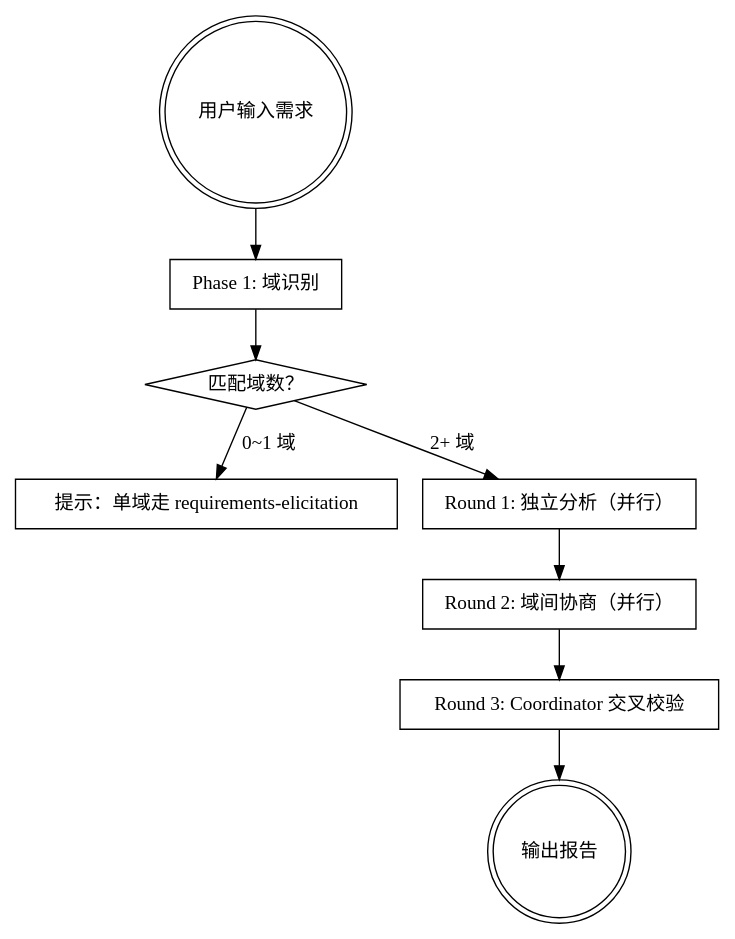
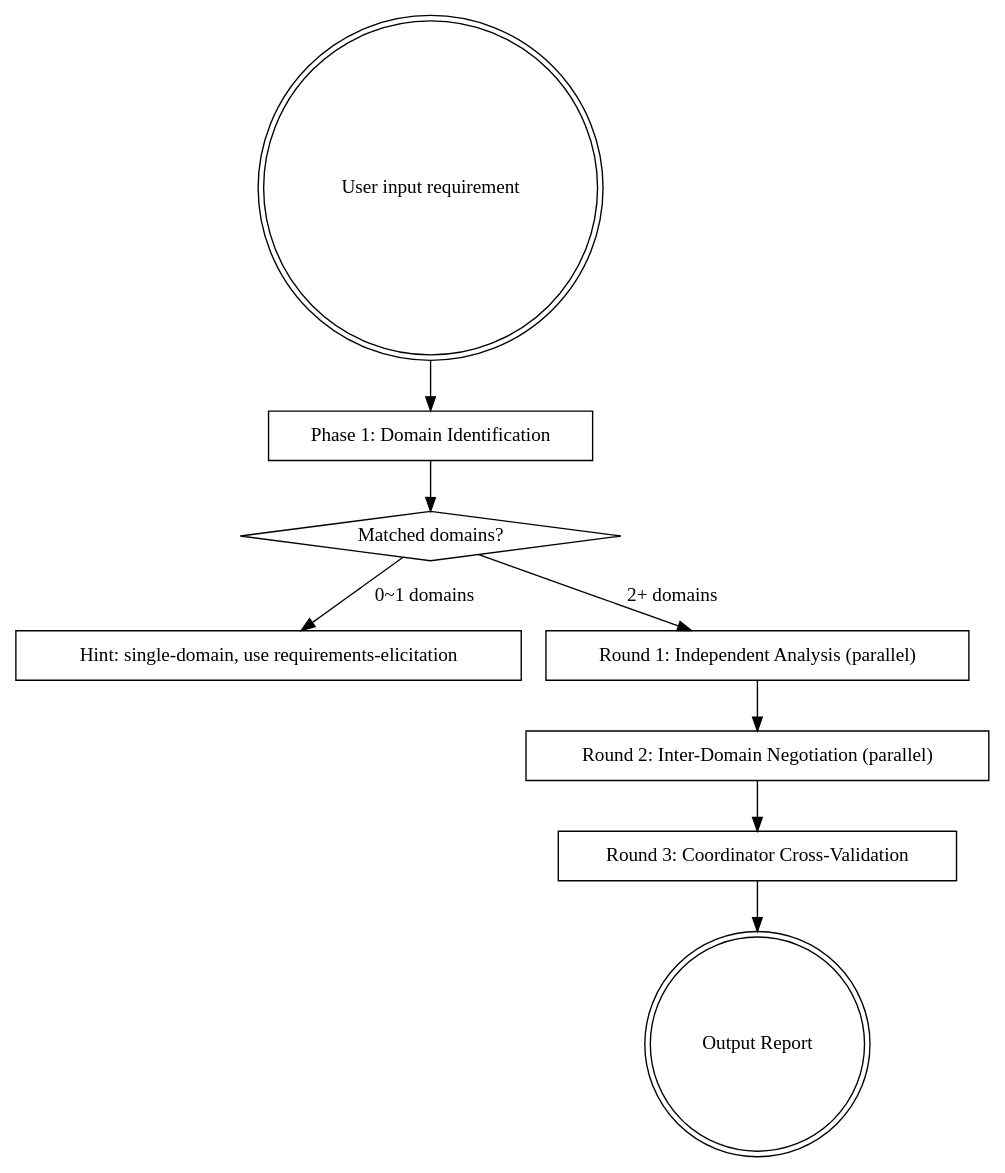
The diagram in skills/domain-collab/SKILL.md (Aimeerrhythm/enterprise-change-workflow), drawn with Graphviz before and after one commit. The commit also changed other lines of this file and 18 other files, not shown here.

````diff
--- a/skills/domain-collab/SKILL.md
+++ b/skills/domain-collab/SKILL.md
@@ -29,22 +29,22 @@
 ```dot
 digraph domain_collab {
   rankdir=TB;
 
-  "用户输入需求" [shape=doublecircle];
-  "Phase 1: 域识别" [shape=box];
-  "匹配域数？" [shape=diamond];
-  "提示：单域走 requirements-elicitation" [shape=box];
-  "Round 1: 独立分析（并行）" [shape=box];
-  "Round 2: 域间协商（并行）" [shape=box];
-  "Round 3: Coordinator 交叉校验" [shape=box];
-  "输出报告" [shape=doublecircle];
+  "User input requirement" [shape=doublecircle];
+  "Phase 1: Domain Identification" [shape=box];
+  "Matched domains?" [shape=diamond];
+  "Hint: single-domain, use requirements-elicitation" [shape=box];
+  "Round 1: Independent Analysis (parallel)" [shape=box];
+  "Round 2: Inter-Domain Negotiation (parallel)" [shape=box];
+  "Round 3: Coordinator Cross-Validation" [shape=box];
+  "Output Report" [shape=doublecircle];
 
-  "用户输入需求" -> "Phase 1: 域识别";
-  "Phase 1: 域识别" -> "匹配域数？";
-  "匹配域数？" -> "提示：单域走 requirements-elicitation" [label="0~1 域"];
-  "匹配域数？" -> "Round 1: 独立分析（并行）" [label="2+ 域"];
-  "Round 1: 独立分析（并行）" -> "Round 2: 域间协商（并行）";
-  "Round 2: 域间协商（并行）" -> "Round 3: Coordinator 交叉校验";
-  "Round 3: Coordinator 交叉校验" -> "输出报告";
+  "User input requirement" -> "Phase 1: Domain Identification";
+  "Phase 1: Domain Identification" -> "Matched domains?";
+  "Matched domains?" -> "Hint: single-domain, use requirements-elicitation" [label="0~1 domains"];
+  "Matched domains?" -> "Round 1: Independent Analysis (parallel)" [label="2+ domains"];
+  "Round 1: Independent Analysis (parallel)" -> "Round 2: Inter-Domain Negotiation (parallel)";
+  "Round 2: Inter-Domain Negotiation (parallel)" -> "Round 3: Coordinator Cross-Validation";
+  "Round 3: Coordinator Cross-Validation" -> "Output Report";
 }
 ```
````
